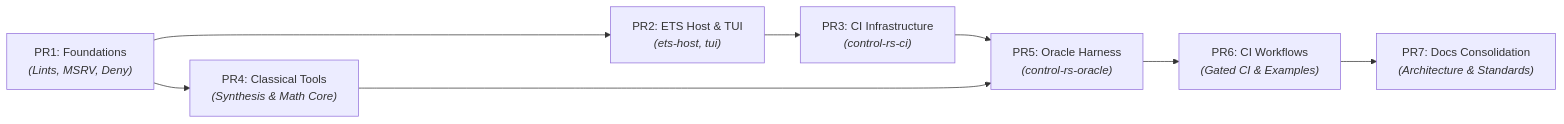
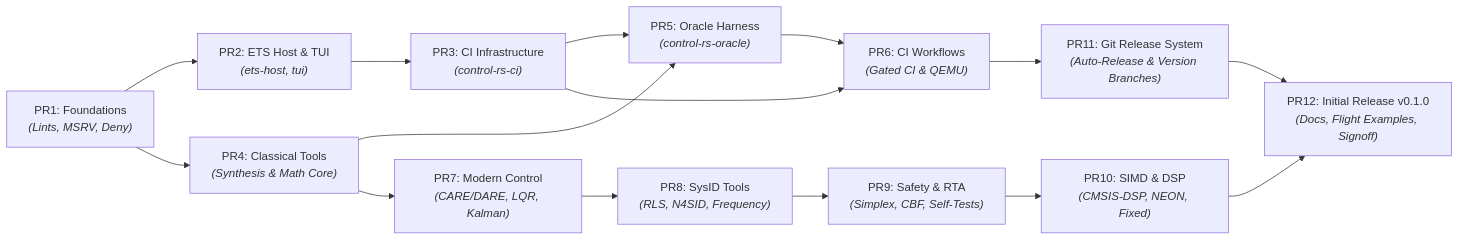
One commit to Dyse-Industries/control-rs changed the second of 4 diagrams in documentation/roadmap.md. Above: the diagram before and after it, drawn with Mermaid. The commit also changed other lines of this file, not shown here.

Commit message:
docs(roadmap): expand roadmap with 12-stage milestone breakdown and release workflow

````diff
--- a/documentation/roadmap.md
+++ b/documentation/roadmap.md
@@ -68,13 +68,20 @@
 ```mermaid
 flowchart LR
     PR1["PR1: Foundations<br/><i>(Lints, MSRV, Deny)</i>"]
     PR2["PR2: ETS Host & TUI<br/><i>(ets-host, tui)</i>"]
     PR3["PR3: CI Infrastructure<br/><i>(control-rs-ci)</i>"]
     PR4["PR4: Classical Tools<br/><i>(Synthesis & Math Core)</i>"]
     PR5["PR5: Oracle Harness<br/><i>(control-rs-oracle)</i>"]
-    PR6["PR6: CI Workflows<br/><i>(Gated CI & Examples)</i>"]
-    PR7["PR7: Docs Consolidation<br/><i>(Architecture & Standards)</i>"]
+    PR6["PR6: CI Workflows<br/><i>(Gated CI & QEMU)</i>"]
+    PR7["PR7: Modern Control<br/><i>(CARE/DARE, LQR, Kalman)</i>"]
+    PR8["PR8: SysID Tools<br/><i>(RLS, N4SID, Frequency)</i>"]
+    PR9["PR9: Safety & RTA<br/><i>(Simplex, CBF, Self-Tests)</i>"]
+    PR10["PR10: SIMD & DSP<br/><i>(CMSIS-DSP, NEON, Fixed)</i>"]
+    PR11["PR11: Git Release System<br/><i>(Auto-Release & Version Branches)</i>"]
+    PR12["PR12: Initial Release v0.1.0<br/><i>(Docs, Flight Examples, Signoff)</i>"]
 
-    PR1 --> PR2 --> PR3 --> PR5 --> PR6 --> PR7
-    PR1 --> PR4 ----------> PR5
+    PR1 --> PR2 --> PR3 --> PR5 --> PR6
+    PR1 --> PR4 --> PR5
+    PR4 --> PR7 --> PR8 --> PR9 --> PR10 --> PR12
+    PR3 --> PR6 --> PR11 --> PR12
 ```
````
